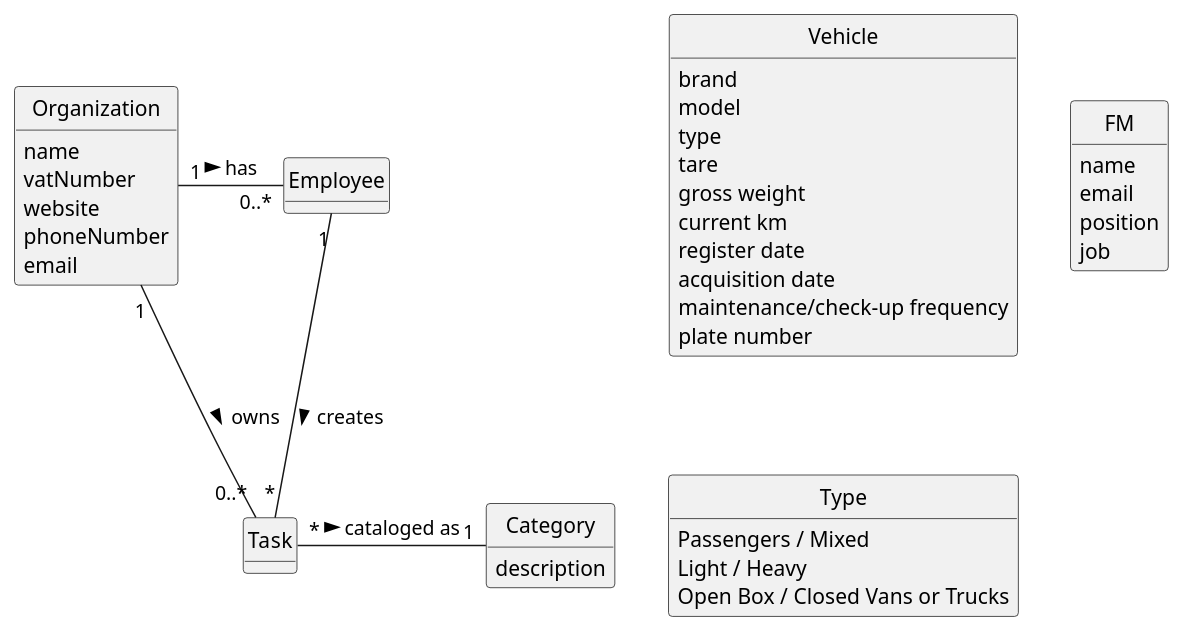
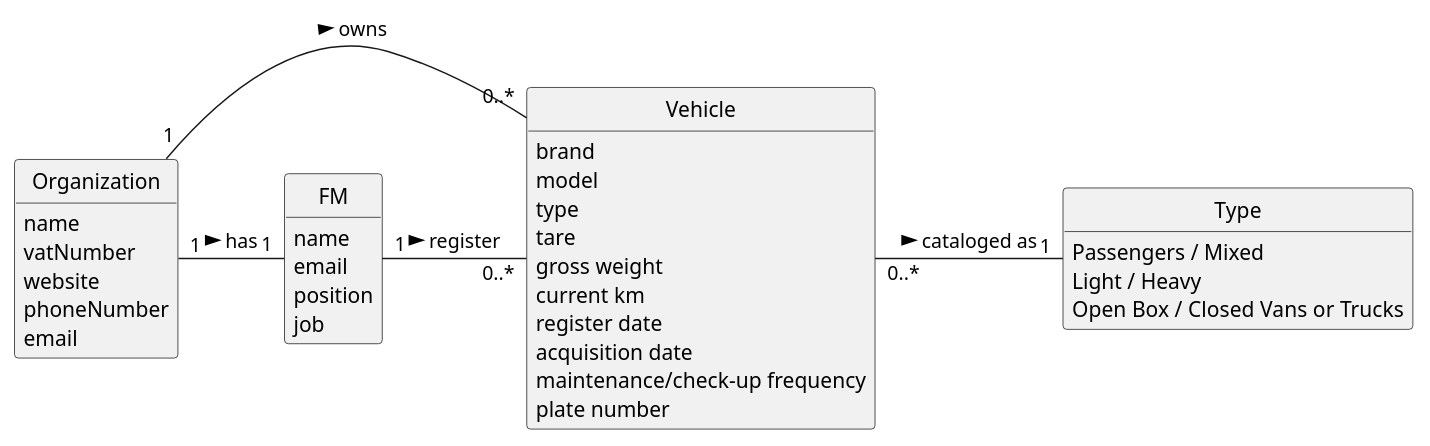
The diagram in docs/sprintA/us006/02.analysis/puml/us006-domain-model.puml (daniel41silva05/ISEP_2023_2024_LAPR2), drawn with PlantUML before and after one commit. The commit also changed 1 other file, not shown here.

```diff
--- a/docs/sprintA/us006/02.analysis/puml/us006-domain-model.puml
+++ b/docs/sprintA/us006/02.analysis/puml/us006-domain-model.puml
@@ -1,71 +1,52 @@
 @startuml
 skinparam monochrome true
 skinparam packageStyle rectangle
 skinparam shadowing false
 
 'left to right direction
 
 skinparam classAttributeIconSize 0
 
 hide circle
 hide methods
-
-'title Domain Model
-
-'class Platform {
-'  -description
-'}
 
 class Organization {
     name
     vatNumber
     website
     phoneNumber
     email
 }
 
 class Vehicle {
     brand
     model
     type
     tare
     gross weight
     current km
     register date
     acquisition date
     maintenance/check-up frequency
     plate number
 }
 
-class Category {
-    description
-}
-
 class FM {
     name
     email
     position
     job
 }
 
 class Type {
     Passengers / Mixed
     Light / Heavy
     Open Box / Closed Vans or Trucks
 }
 
-'class User {
-'    name
-'    email
-'    password
-'}
+Organization "1" - "1" FM : has >
+Organization "1" - "0..*" Vehicle : owns >
+FM "1" - "0..*" Vehicle : register >
+Vehicle "0..*" - "1" Type : cataloged as >
 
-'Platform "1" -- "*" Organization : has registered >
-'Platform "1" -- "*" Category : defines >
-Organization "1" - "0..*" Employee : has >
-Organization "1" - "0..*" Task: owns >
-'Task "*" -- "1" Employee: created by >
-Employee "1" -- "*" Task : creates >
-'Employee "0..1" -- "1" User: acts as >
-Task "*" - "1" Category: cataloged as >
 @enduml
```
